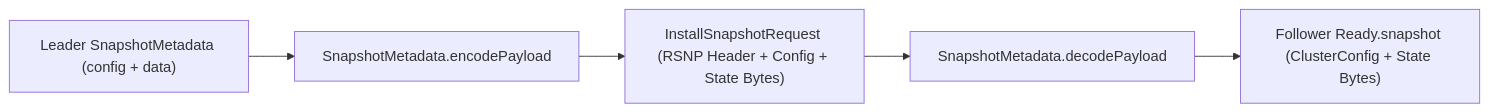
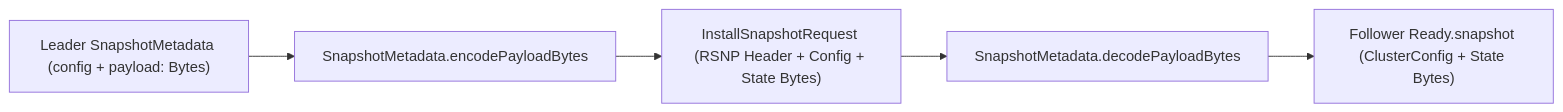
Before and after one commit to bmscomp/raft: the third of 3 diagrams in docs/book/22-sans-io-rawnode-ready.md, drawn with Mermaid. The commit also changed other lines of this file and 27 other files, not shown here.

Commit message:
docs(book): enhance Raft design analysis, implementation architecture, and all 18 runnable examples

````diff
--- a/docs/book/22-sans-io-rawnode-ready.md
+++ b/docs/book/22-sans-io-rawnode-ready.md
@@ -173,7 +183,7 @@
 ```mermaid
 flowchart LR
-    SM["Leader SnapshotMetadata (config + data)"] --> ENC["SnapshotMetadata.encodePayload"]
+    SM["Leader SnapshotMetadata (config + payload: Bytes)"] --> ENC["SnapshotMetadata.encodePayloadBytes"]
     ENC --> WIRE["InstallSnapshotRequest (RSNP Header + Config + State Bytes)"]
-    WIRE --> DEC["SnapshotMetadata.decodePayload"]
+    WIRE --> DEC["SnapshotMetadata.decodePayloadBytes"]
     DEC --> RD["Follower Ready.snapshot (ClusterConfig + State Bytes)"]
 ```
````
